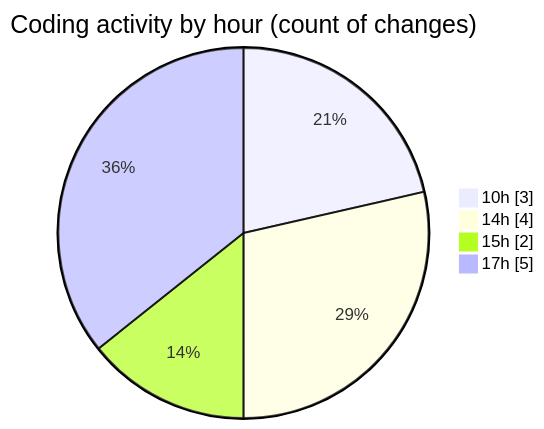
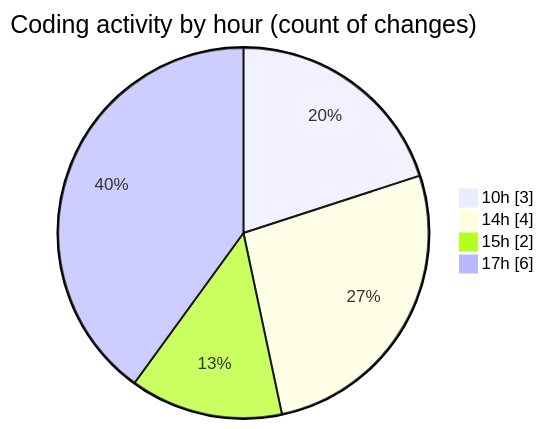
Before and after one commit to nxtqubesakshisongat/code-tracking: the second of 2 diagrams in 2026-02-24/nxtqube_webapp/README.md, drawn with Mermaid. The commit also changed other lines of this file and 1 other file, not shown here.

````diff
--- a/2026-02-24/nxtqube_webapp/README.md
+++ b/2026-02-24/nxtqube_webapp/README.md
@@ -34,8 +34,8 @@
 ```mermaid
 pie showData
 title Coding activity by hour (count of changes)
 "10h" : 3
 "14h" : 4
 "15h" : 2
-"17h" : 5
+"17h" : 6
 ```
````
